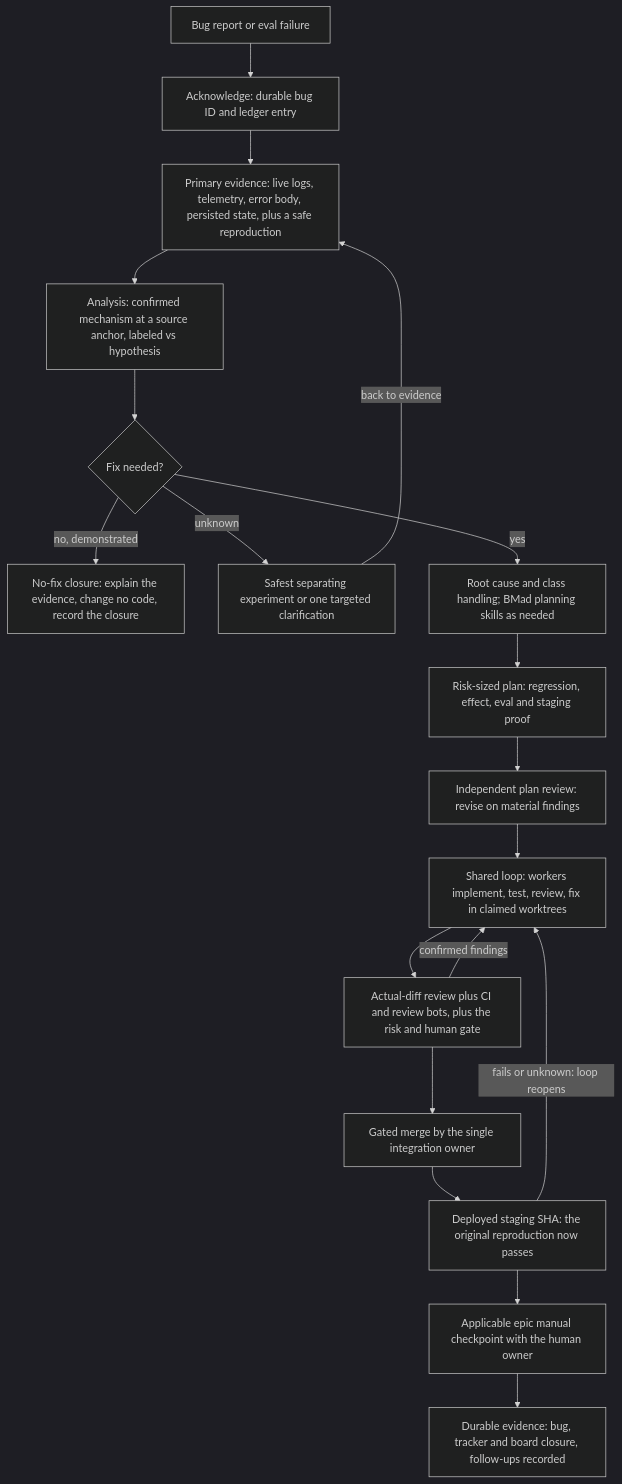
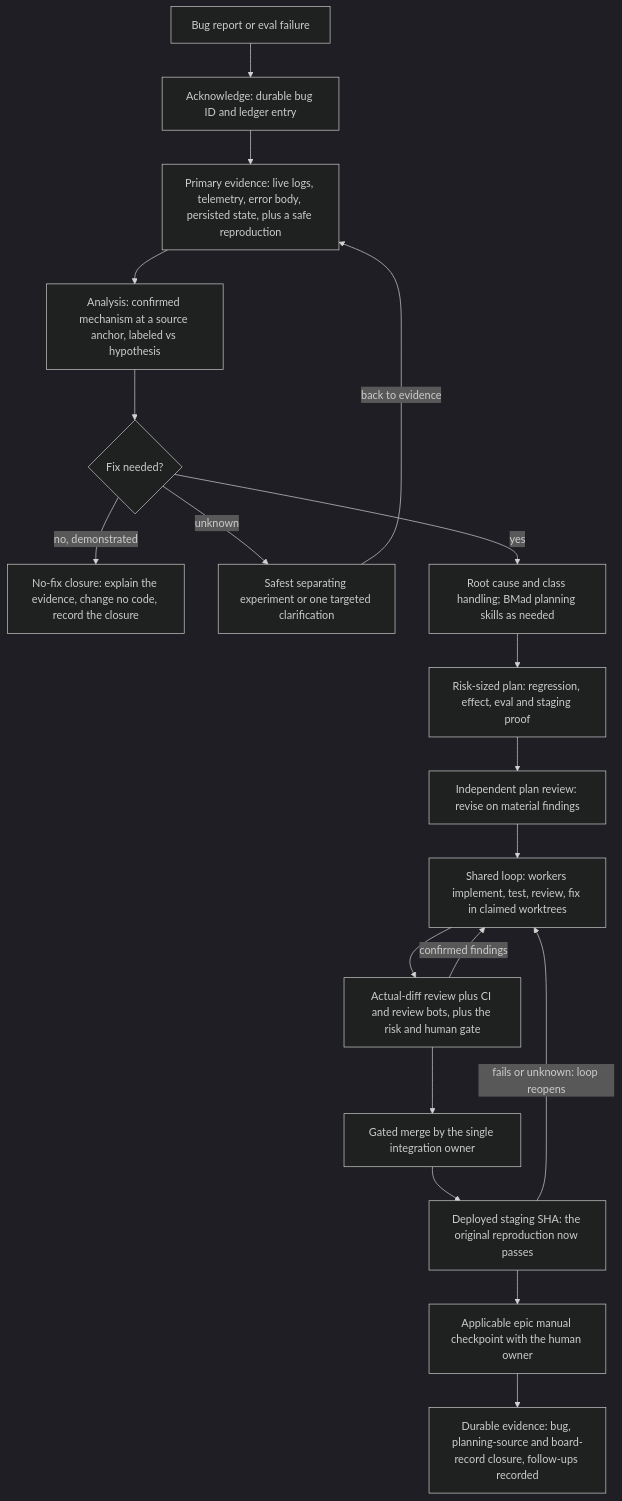
The diagram in skills/software-factory/workflows/bug.md (sbeeredd04/software-factory), drawn with Mermaid (dark theme) before and after one commit. The commit also changed other lines of this file and 5 other files, not shown here.

````diff
--- a/skills/software-factory/workflows/bug.md
+++ b/skills/software-factory/workflows/bug.md
@@ -6,21 +6,21 @@
 ```mermaid
 flowchart TD
   X[Bug report or eval failure] --> A[Acknowledge: durable bug ID and ledger entry]
   A --> E[Primary evidence: live logs, telemetry, error body, persisted state, plus a safe reproduction]
   E --> R[Analysis: confirmed mechanism at a source anchor, labeled vs hypothesis]
   R --> D{Fix needed?}
   D -->|no, demonstrated| Z[No-fix closure: explain the evidence, change no code, record the closure]
   D -->|unknown| U[Safest separating experiment or one targeted clarification]
   U -->|back to evidence| E
   D -->|yes| B[Root cause and class handling; BMad planning skills as needed]
   B --> P[Risk-sized plan: regression, effect, eval and staging proof]
   P --> PR[Independent plan review: revise on material findings]
   PR --> O[Shared loop: workers implement, test, review, fix in claimed worktrees]
   O --> C[Actual-diff review plus CI and review bots, plus the risk and human gate]
   C -->|confirmed findings| O
   C --> M[Gated merge by the single integration owner]
   M --> S[Deployed staging SHA: the original reproduction now passes]
   S -->|fails or unknown: loop reopens| O
   S --> H[Applicable epic manual checkpoint with the human owner]
-  H --> K[Durable evidence: bug, tracker and board closure, follow-ups recorded]
+  H --> K[Durable evidence: bug, planning-source and board-record closure, follow-ups recorded]
 ```
````
